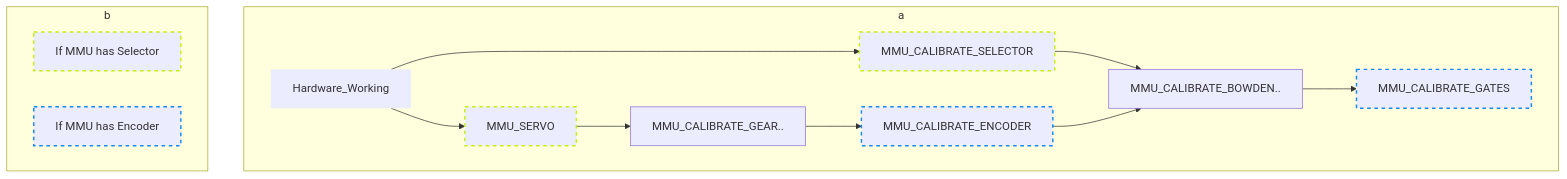
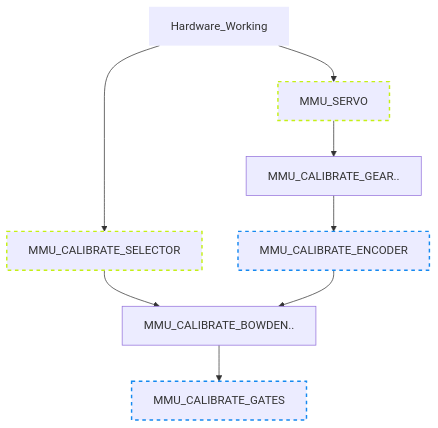
The first of 2 diagrams in MMU-Calibration.md (3DCoded/Happy-Hare), drawn with Mermaid before and after one commit.

````diff
--- a/MMU-Calibration.md
+++ b/MMU-Calibration.md
@@ -22,26 +22,16 @@
 ```mermaid
 graph TD;
-  subgraph a
     Hardware_Working --> MMU_SERVO
     Hardware_Working --> MMU_CALIBRATE_SELECTOR
     MMU_CALIBRATE_SELECTOR --> MMU_CALIBRATE_BOWDEN
     MMU_SERVO --> MMU_CALIBRATE_GEAR["MMU_CALIBRATE_GEAR.."]
     MMU_CALIBRATE_GEAR --> MMU_CALIBRATE_ENCODER
     MMU_CALIBRATE_ENCODER --> MMU_CALIBRATE_BOWDEN["MMU_CALIBRATE_BOWDEN.."]
     MMU_CALIBRATE_BOWDEN --> MMU_CALIBRATE_GATES
-  end
 
     style Hardware_Working stroke-width:0px
     style MMU_SERVO stroke-dasharray: 5 5, stroke:#c5f015, stroke-width:2px
     style MMU_CALIBRATE_SELECTOR stroke-dasharray: 5 5, stroke:#c5f015, stroke-width:2px
     style MMU_CALIBRATE_ENCODER stroke-dasharray: 5 5, stroke:#1589f0, stroke-width:2px
     style MMU_CALIBRATE_GATES stroke-dasharray: 5 5, stroke:#1589f0, stroke-width:2px
-
-  subgraph b
-    LINEAR_SELECTOR["If MMU has Selector"]
-    ENCODER["If MMU has Encoder"]
-  end
-
-    style LINEAR_SELECTOR stroke-dasharray: 5 5, stroke:#c5f015, stroke-width:2px
-    style ENCODER stroke-dasharray: 5 5, stroke:#1589f0, stroke-width:2px
 ```
````
